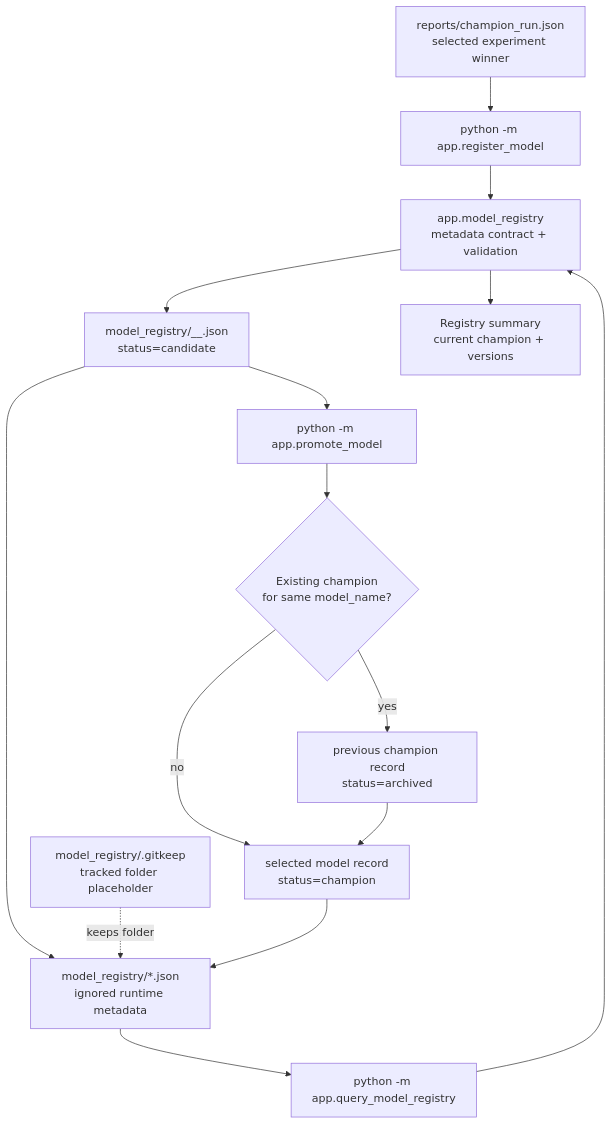
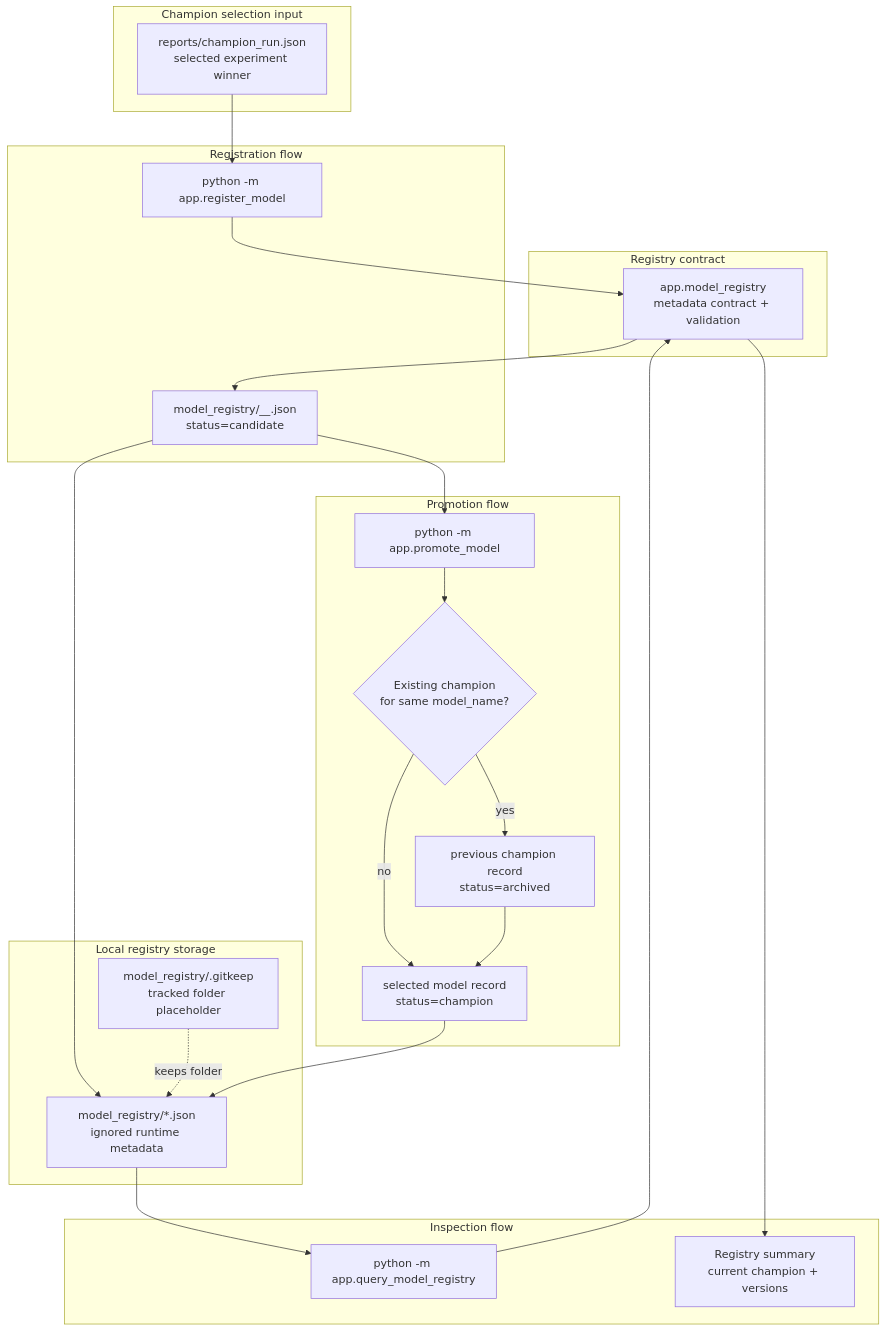
Before and after one commit to git4alauddin/model-ops-lab: the diagram in docs/diagrams/v6_model_registry_flow.md, drawn with Mermaid. The commit also changed 9 other files, not shown here.

Commit message:
docs: standardize version mermaid diagrams

````diff
--- a/docs/diagrams/v6_model_registry_flow.md
+++ b/docs/diagrams/v6_model_registry_flow.md
@@ -7,35 +7,49 @@
 ```mermaid
 flowchart TD
-    champion_report["reports/champion_run.json<br/>selected experiment winner"]
-    register_cmd["python -m app.register_model"]
-    registry_contract["app.model_registry<br/>metadata contract + validation"]
-    candidate_record["model_registry/<model>__<version>.json<br/>status=candidate"]
+    subgraph champion_input["Champion selection input"]
+        champion_report["reports/champion_run.json<br/>selected experiment winner"]
+    end
 
-    promote_cmd["python -m app.promote_model"]
-    existing_champion{"Existing champion<br/>for same model_name?"}
-    archived_record["previous champion record<br/>status=archived"]
-    champion_record["selected model record<br/>status=champion"]
+    subgraph registry_contract_layer["Registry contract"]
+        registry_contract["app.model_registry<br/>metadata contract + validation"]
+    end
 
-    query_cmd["python -m app.query_model_registry"]
-    summary["Registry summary<br/>current champion + versions"]
+    subgraph registration_flow["Registration flow"]
+        register_cmd["python -m app.register_model"]
+        candidate_record["model_registry/<model>__<version>.json<br/>status=candidate"]
+    end
 
-    ignored_runtime["model_registry/*.json<br/>ignored runtime metadata"]
-    tracked_placeholder["model_registry/.gitkeep<br/>tracked folder placeholder"]
+    subgraph promotion_flow["Promotion flow"]
+        promote_cmd["python -m app.promote_model"]
+        existing_champion{"Existing champion<br/>for same model_name?"}
+        archived_record["previous champion record<br/>status=archived"]
+        champion_record["selected model record<br/>status=champion"]
+    end
+
+    subgraph inspection_flow["Inspection flow"]
+        query_cmd["python -m app.query_model_registry"]
+        summary["Registry summary<br/>current champion + versions"]
+    end
+
+    subgraph registry_storage["Local registry storage"]
+        ignored_runtime["model_registry/*.json<br/>ignored runtime metadata"]
+        tracked_placeholder["model_registry/.gitkeep<br/>tracked folder placeholder"]
+    end
 
     champion_report --> register_cmd
     register_cmd --> registry_contract
     registry_contract --> candidate_record
     candidate_record --> ignored_runtime
     tracked_placeholder -. keeps folder .-> ignored_runtime
 
     candidate_record --> promote_cmd
     promote_cmd --> existing_champion
     existing_champion -- yes --> archived_record
     existing_champion -- no --> champion_record
     archived_record --> champion_record
     champion_record --> ignored_runtime
 
     ignored_runtime --> query_cmd
     query_cmd --> registry_contract
     registry_contract --> summary
 ```
````
